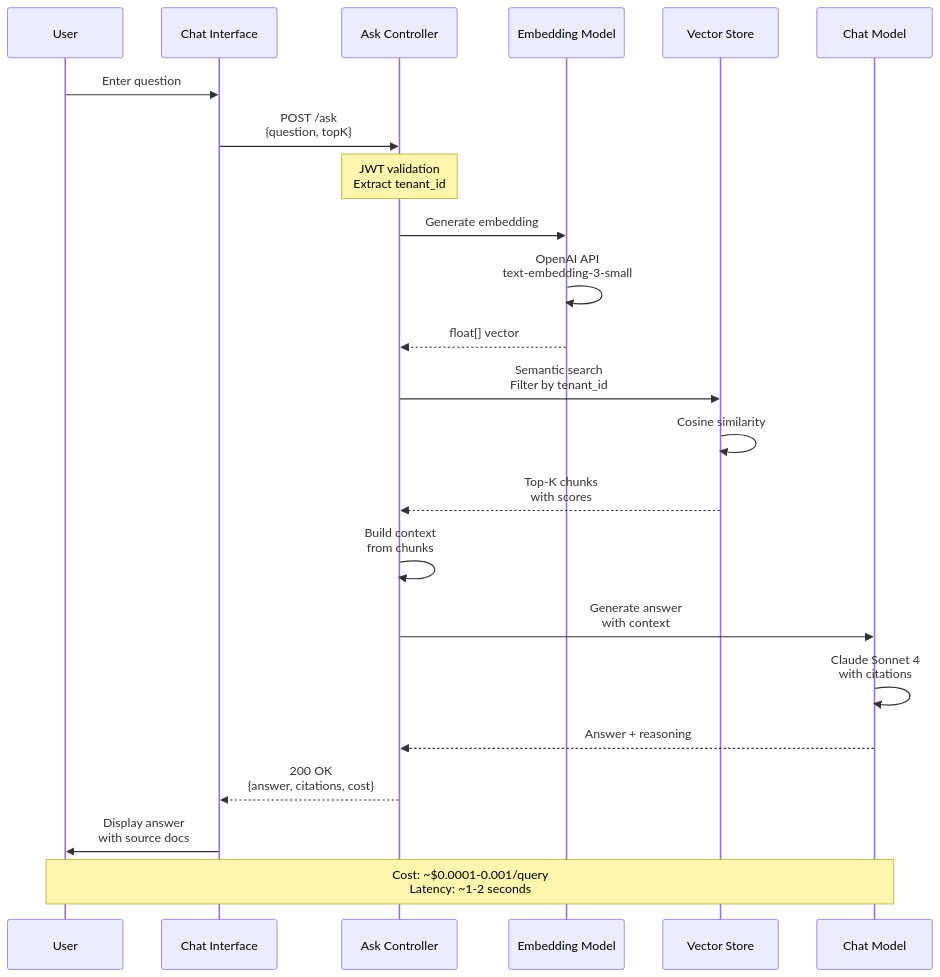
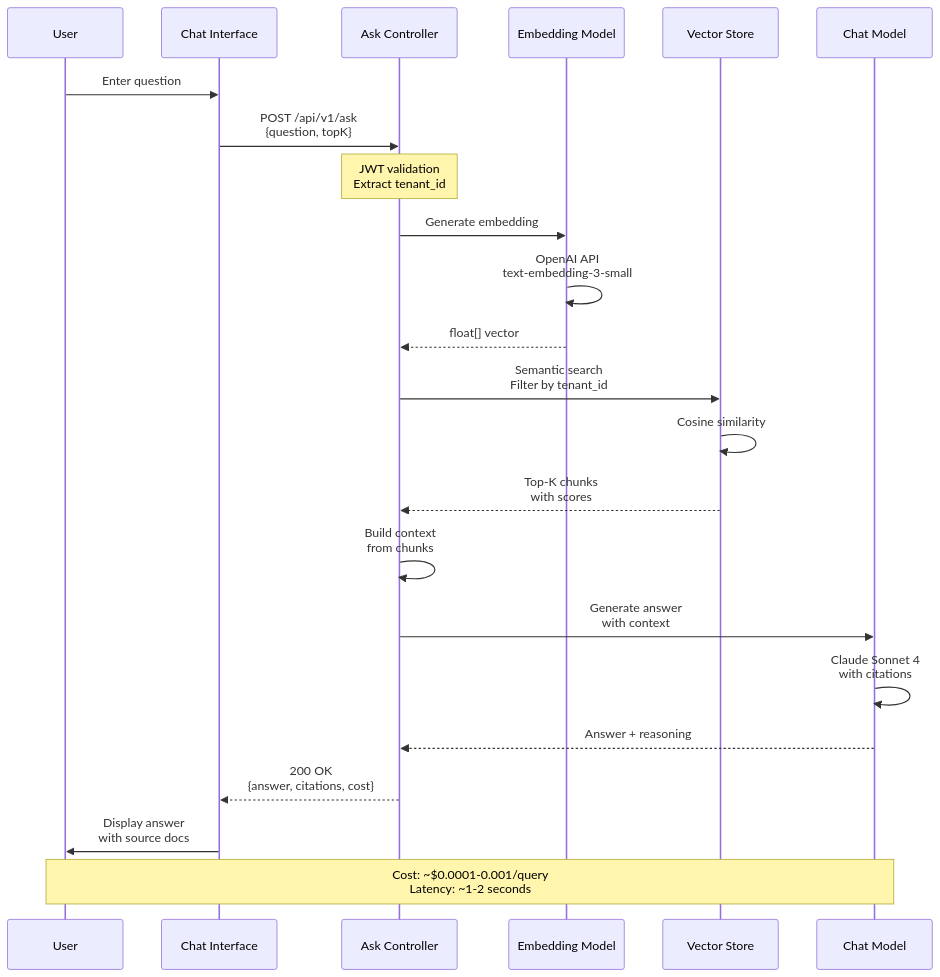
The third of 6 diagrams in README.md (objectgyan/rag-poc-dotnet-qdrant), drawn with Mermaid before and after one commit. The commit also changed other lines of this file, not shown here.

First line of the commit message:
Fix API endpoint paths in documentation

````diff
--- a/README.md
+++ b/README.md
@@ -194,32 +194,32 @@
 ```mermaid
 sequenceDiagram
     participant User
     participant UI as Chat Interface
     participant API as Ask Controller
     participant Embed as Embedding Model
     participant Qdrant as Vector Store
     participant Claude as Chat Model
 
     User->>UI: Enter question
-    UI->>API: POST /ask<br/>{question, topK}
+    UI->>API: POST /api/v1/ask<br/>{question, topK}
     
     Note over API: JWT validation<br/>Extract tenant_id
     
     API->>Embed: Generate embedding
     Embed->>Embed: OpenAI API<br/>text-embedding-3-small
     Embed-->>API: float[] vector
     
     API->>Qdrant: Semantic search<br/>Filter by tenant_id
     Qdrant->>Qdrant: Cosine similarity
     Qdrant-->>API: Top-K chunks<br/>with scores
     
     API->>API: Build context<br/>from chunks
     API->>Claude: Generate answer<br/>with context
     Claude->>Claude: Claude Sonnet 4<br/>with citations
     Claude-->>API: Answer + reasoning
     
     API-->>UI: 200 OK<br/>{answer, citations, cost}
     UI->>User: Display answer<br/>with source docs
     
     Note over User,Claude: Cost: ~$0.0001-0.001/query<br/>Latency: ~1-2 seconds
 ```
````
